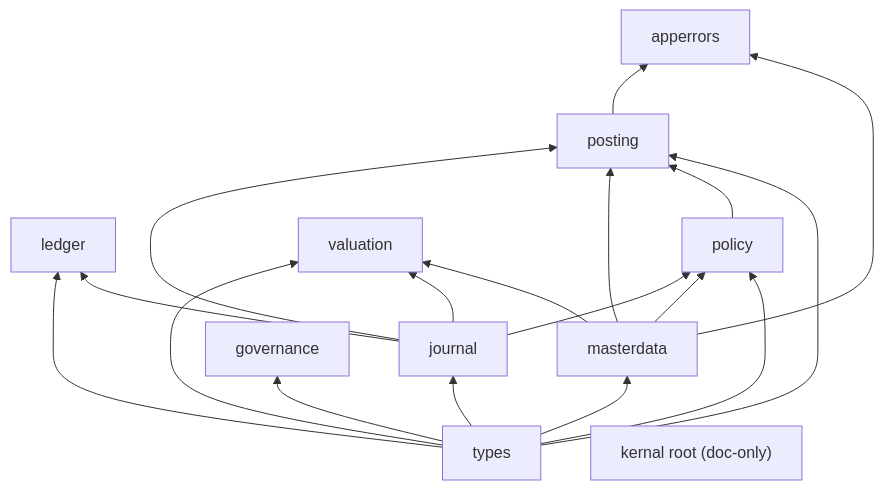
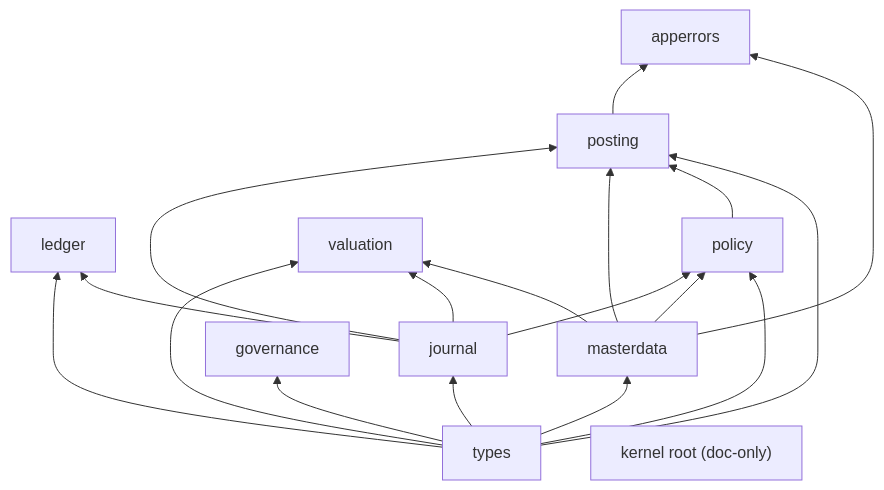
Before and after one commit to osmai4603-collab/accountant_engine: the first of 2 diagrams in docs/architecture/KERNEL_ARCHITECTURE_MAP.md, drawn with Mermaid. The commit also changed other lines of this file and 402 other files, not shown here.

````diff
--- a/docs/architecture/KERNEL_ARCHITECTURE_MAP.md
+++ b/docs/architecture/KERNEL_ARCHITECTURE_MAP.md
@@ -47,21 +47,21 @@
 ```mermaid
 flowchart BT
     T["types"] --> J["journal"]
     T --> L["ledger"]
     J --> L
     T --> M["masterdata"]
     T --> G["governance"]
     J --> P["policy"]
     M --> P
     T --> P
     J --> PO["posting"]
     M --> PO
     P --> PO
     T --> PO
     T --> V["valuation"]
     J --> V
     M --> V
     PO --> AE["apperrors"]
     M --> AE
-    ROOT["kernal root (doc-only)"]
+    ROOT["kernel root (doc-only)"]
 ```
````
